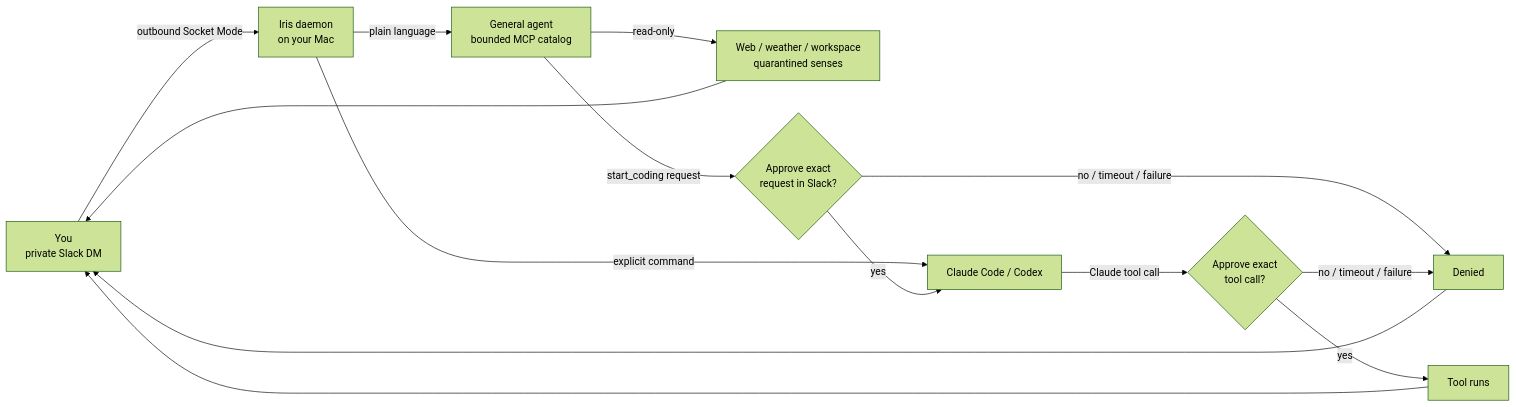
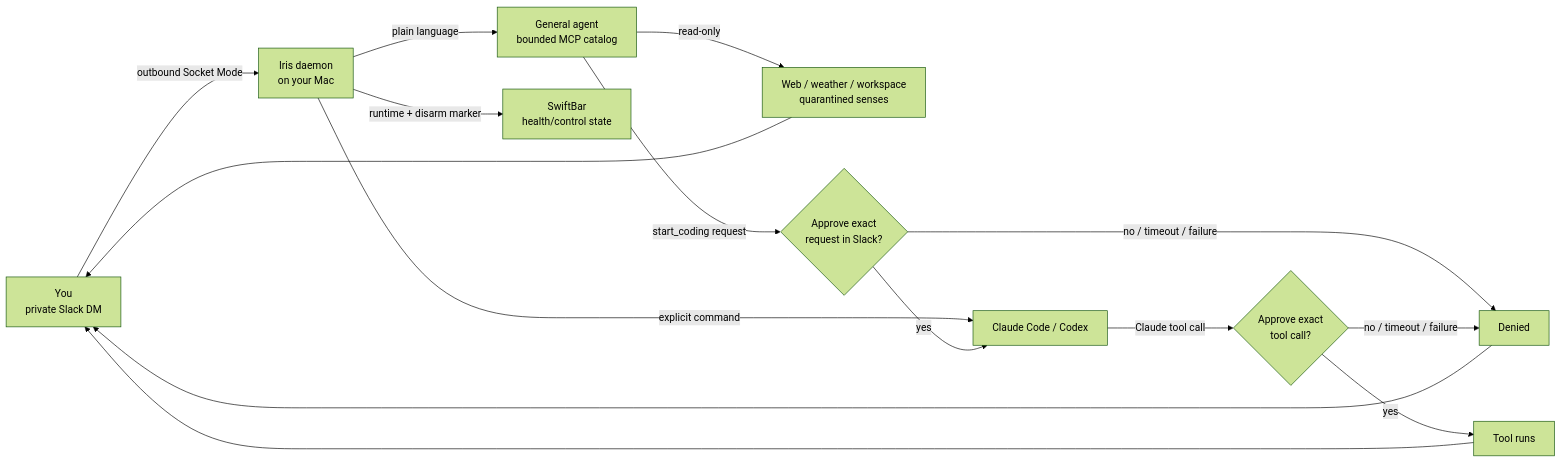
One commit to randyren278/iris changed the diagram in README.md. Above: the diagram before and after it, drawn with Mermaid (forest theme). The commit also changed other lines of this file, not shown here.

Commit message:
Make menu bar part of the production contract

````diff
--- a/README.md
+++ b/README.md
@@ -45,16 +47,17 @@
 ```mermaid
 flowchart LR
     you["You<br/>private Slack DM"] -- "outbound Socket Mode" --> iris["Iris daemon<br/>on your Mac"]
     iris -- "plain language" --> agent["General agent<br/>bounded MCP catalog"]
     agent -- "read-only" --> reads["Web / weather / workspace<br/>quarantined senses"]
     agent -- "start_coding request" --> actionGate{"Approve exact<br/>request in Slack?"}
     iris -- "explicit command" --> code["Claude Code / Codex"]
     actionGate -- "yes" --> code
     actionGate -- "no / timeout / failure" --> deny["Denied"]
     code -- "Claude tool call" --> toolGate{"Approve exact<br/>tool call?"}
     toolGate -- "yes" --> run["Tool runs"]
     toolGate -- "no / timeout / failure" --> deny
+    iris -- "runtime + disarm marker" --> bar["SwiftBar<br/>health/control state"]
     reads --> you
     run --> you
     deny --> you
 ```
````
